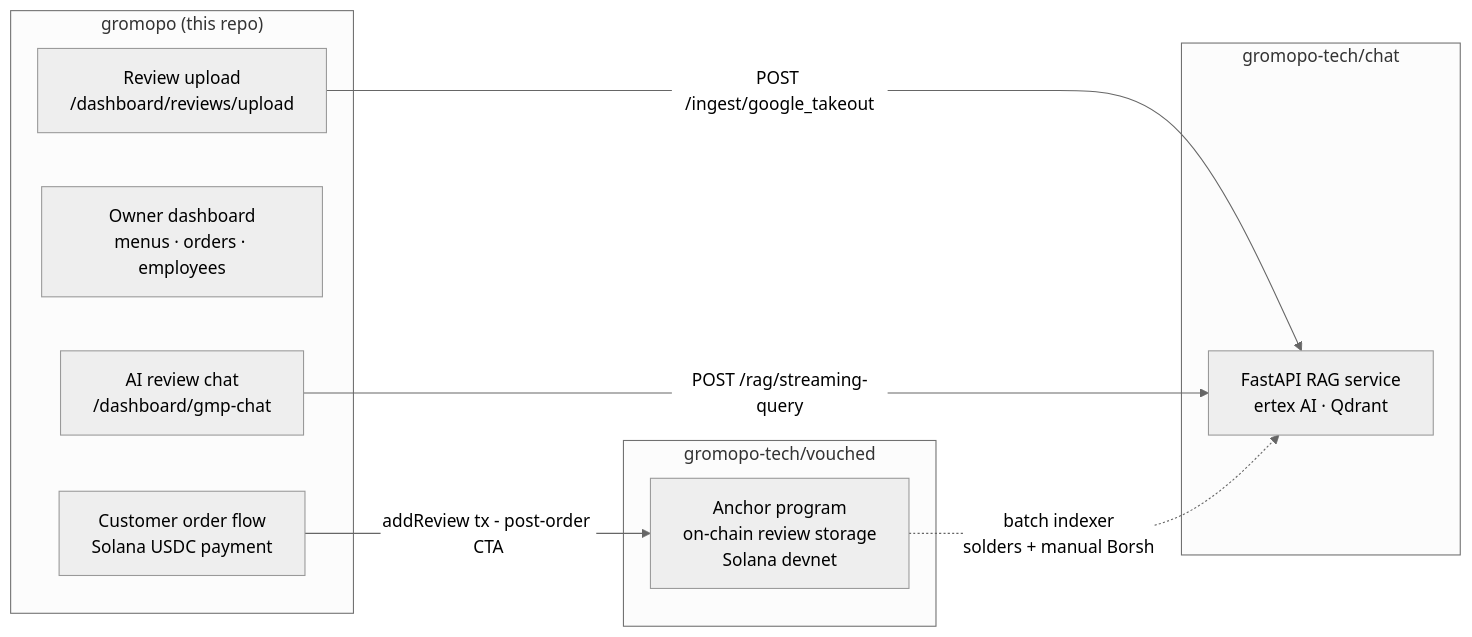
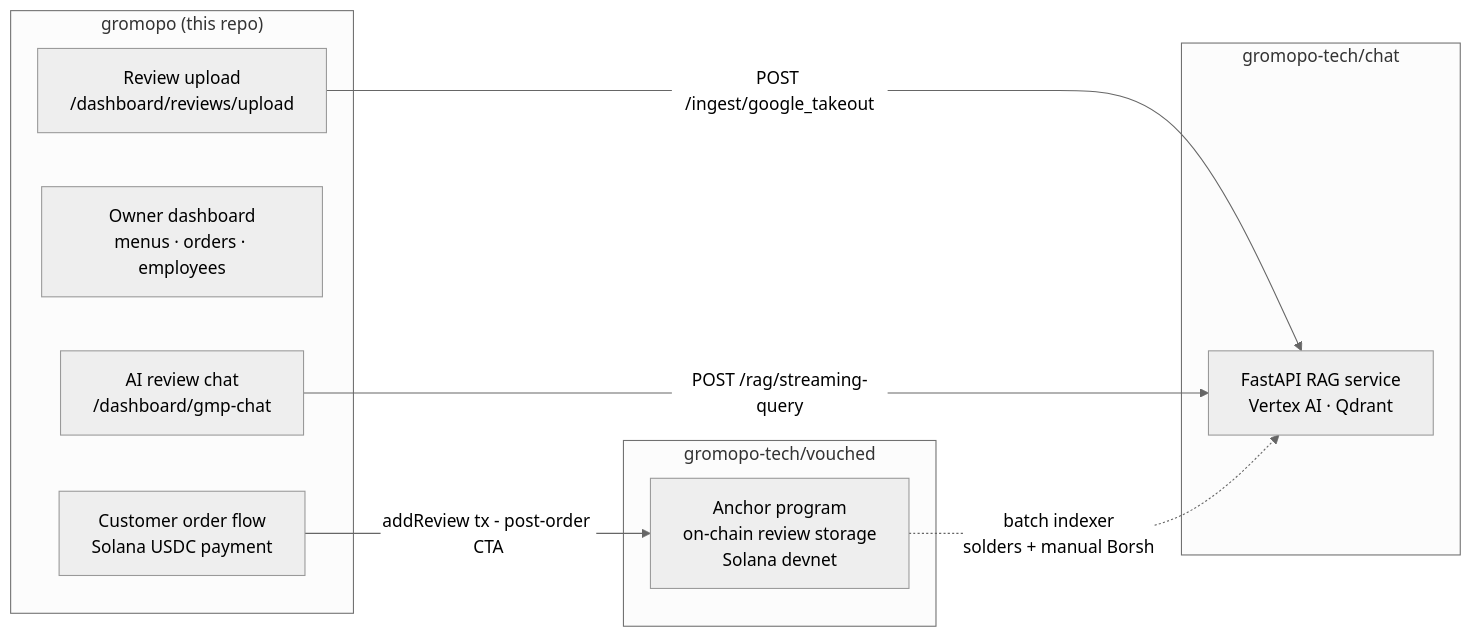
Before and after one commit to gromopo-tech/gromopo: the diagram in README.md, drawn with Mermaid (neutral theme). The commit also changed other lines of this file and 10 other files, not shown here.

````diff
--- a/README.md
+++ b/README.md
@@ -20,22 +20,22 @@
 ```mermaid
 flowchart LR
     subgraph gromopo ["gromopo (this repo)"]
         A[Customer order flow<br/>Solana USDC payment]
         B[Owner dashboard<br/>menus · orders · employees]
         C[AI review chat<br/>/dashboard/gmp-chat]
         D[Review upload<br/>/dashboard/reviews/upload]
     end
 
     subgraph chat ["gromopo-tech/chat"]
-        E[FastAPI RAG service<br/>ertex AI · Qdrant]
+        E[FastAPI RAG service<br/>Vertex AI · Qdrant]
     end
 
     subgraph vouched ["gromopo-tech/vouched"]
         F[Anchor program<br/>on-chain review storage<br/>Solana devnet]
     end
 
     A -->|addReview tx - post-order CTA| F
     D -->|POST /ingest/google_takeout| E
     C -->|POST /rag/streaming-query| E
     F -.->|batch indexer<br/>solders + manual Borsh| E
 ```
````
